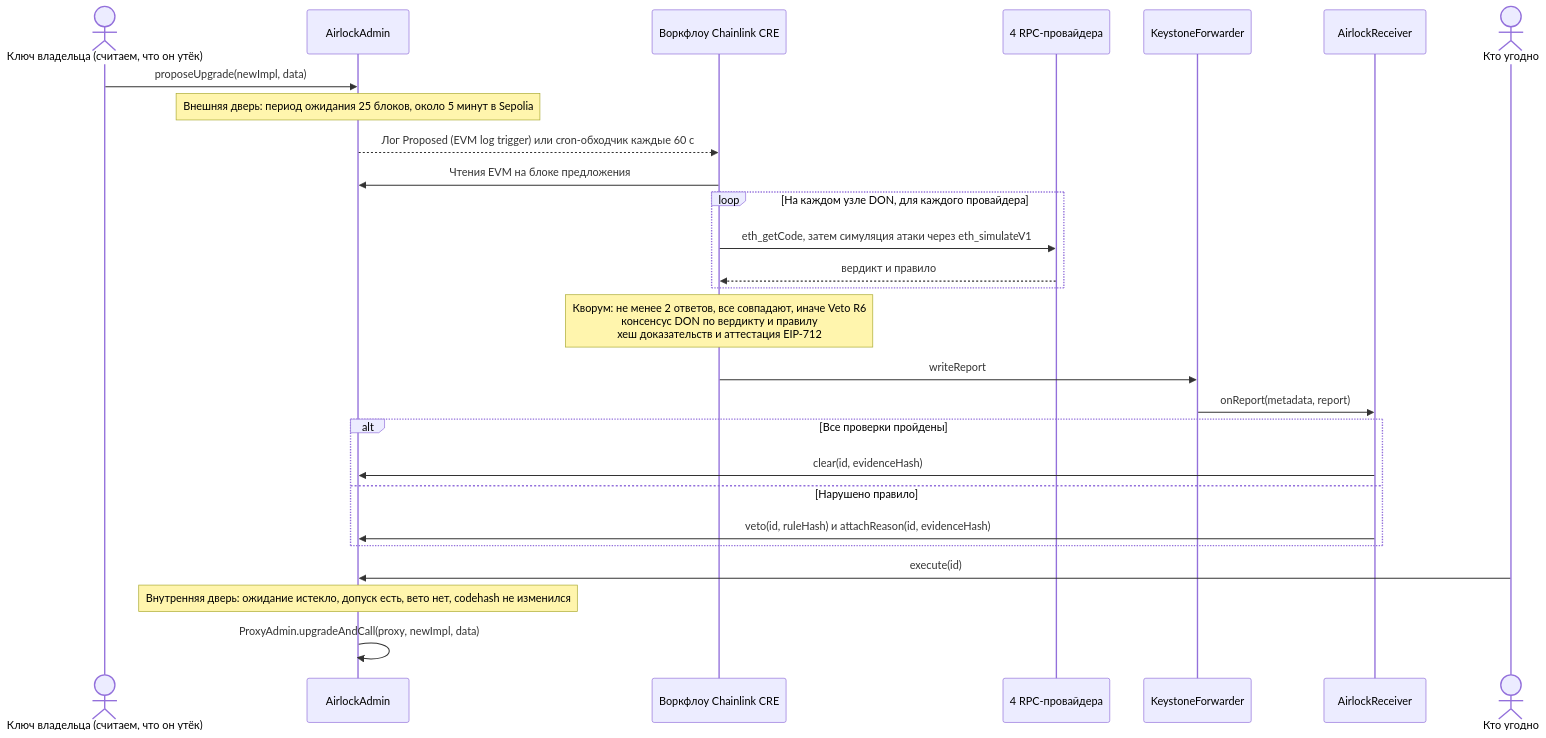
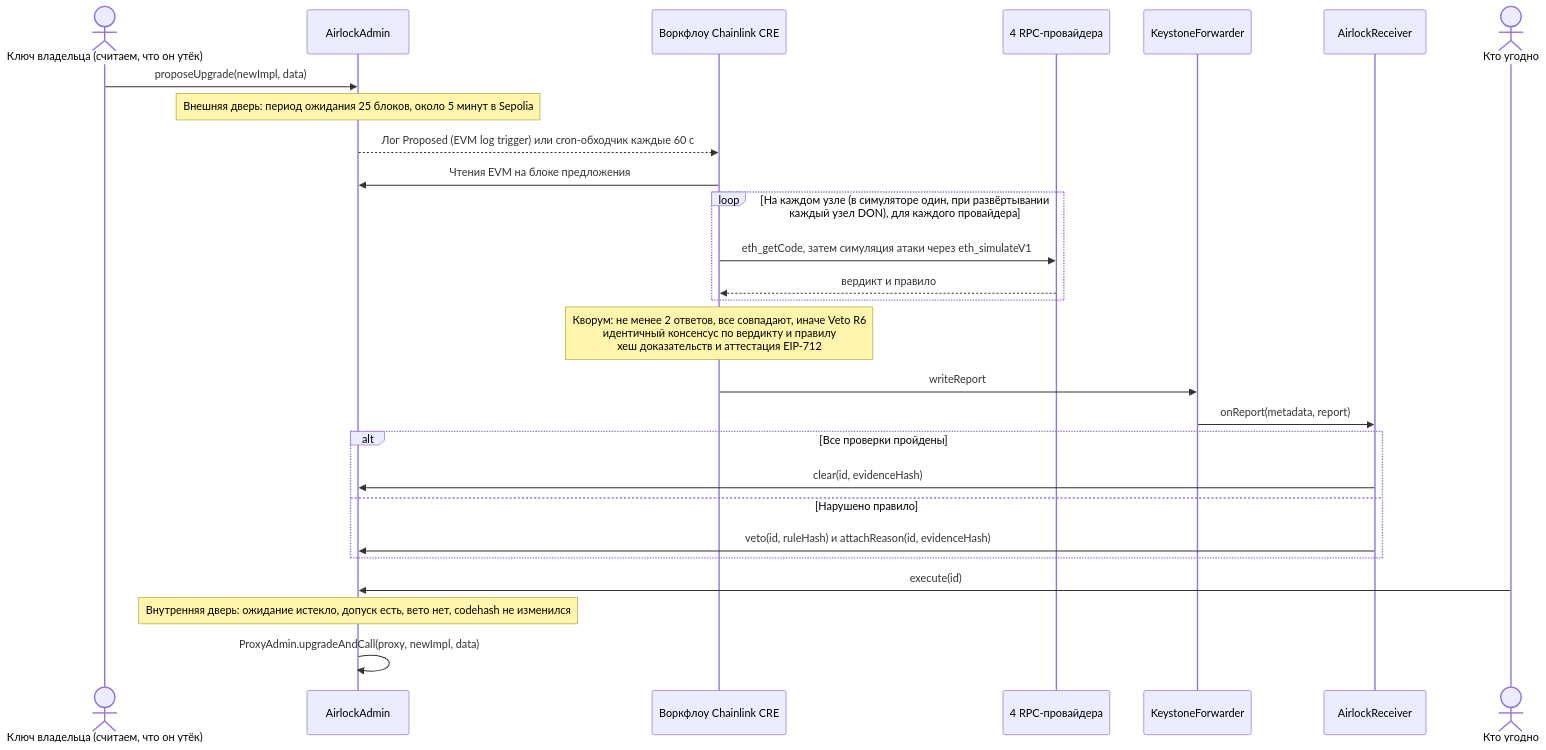
Before and after one commit to tedinroc/upgrade-airlock: the diagram in README.ru.md, drawn with Mermaid. The commit also changed other lines of this file and 37 other files, not shown here.

````diff
--- a/README.ru.md
+++ b/README.ru.md
@@ -49,30 +50,30 @@
 ```mermaid
 sequenceDiagram
     actor Owner as Ключ владельца (считаем, что он утёк)
     participant Admin as AirlockAdmin
     participant CRE as Воркфлоу Chainlink CRE
     participant RPC as 4 RPC-провайдера
     participant Fwd as KeystoneForwarder
     participant Recv as AirlockReceiver
     actor Anyone as Кто угодно
 
     Owner->>Admin: proposeUpgrade(newImpl, data)
     Note over Admin: Внешняя дверь: период ожидания 25 блоков, около 5 минут в Sepolia
     Admin-->>CRE: Лог Proposed (EVM log trigger) или cron-обходчик каждые 60 с
     CRE->>Admin: Чтения EVM на блоке предложения
-    loop На каждом узле DON, для каждого провайдера
+    loop На каждом узле (в симуляторе один, при развёртывании каждый узел DON), для каждого провайдера
         CRE->>RPC: eth_getCode, затем симуляция атаки через eth_simulateV1
         RPC-->>CRE: вердикт и правило
     end
-    Note over CRE: Кворум: не менее 2 ответов, все совпадают, иначе Veto R6<br/>консенсус DON по вердикту и правилу<br/>хеш доказательств и аттестация EIP-712
+    Note over CRE: Кворум: не менее 2 ответов, все совпадают, иначе Veto R6<br/>идентичный консенсус по вердикту и правилу<br/>хеш доказательств и аттестация EIP-712
     CRE->>Fwd: writeReport
     Fwd->>Recv: onReport(metadata, report)
     alt Все проверки пройдены
         Recv->>Admin: clear(id, evidenceHash)
     else Нарушено правило
         Recv->>Admin: veto(id, ruleHash) и attachReason(id, evidenceHash)
     end
     Anyone->>Admin: execute(id)
     Note over Admin: Внутренняя дверь: ожидание истекло, допуск есть, вето нет, codehash не изменился
     Admin->>Admin: ProxyAdmin.upgradeAndCall(proxy, newImpl, data)
 ```
````
